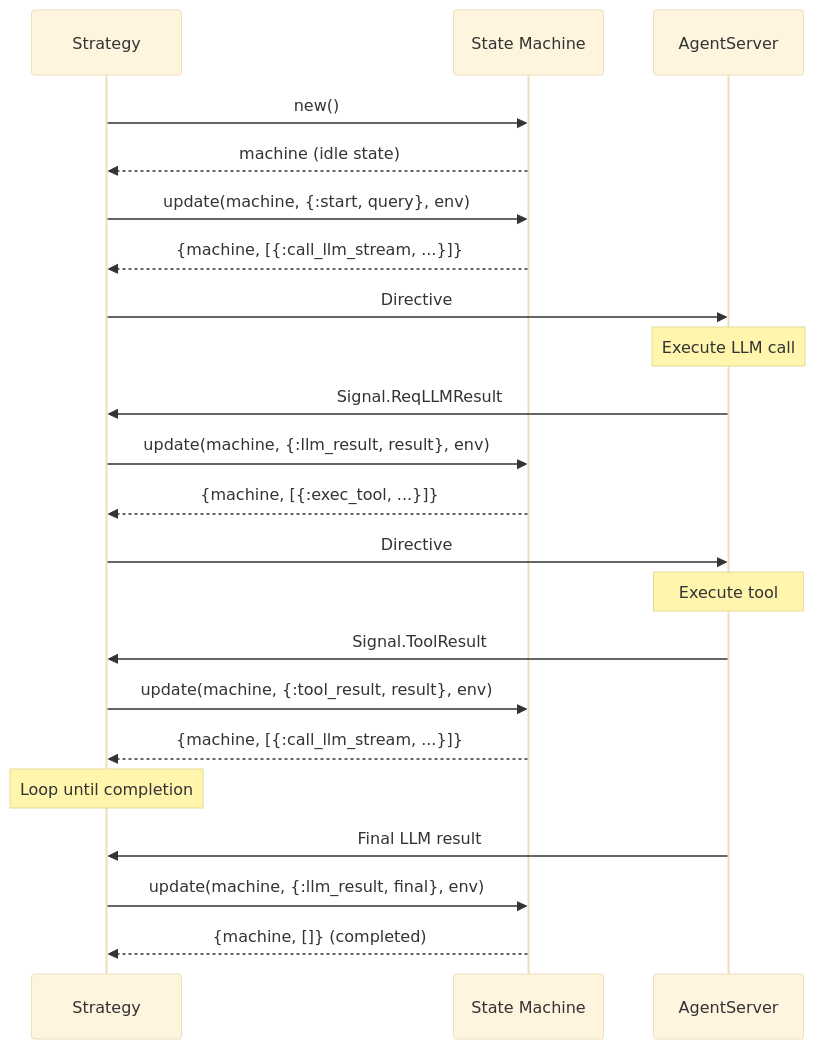
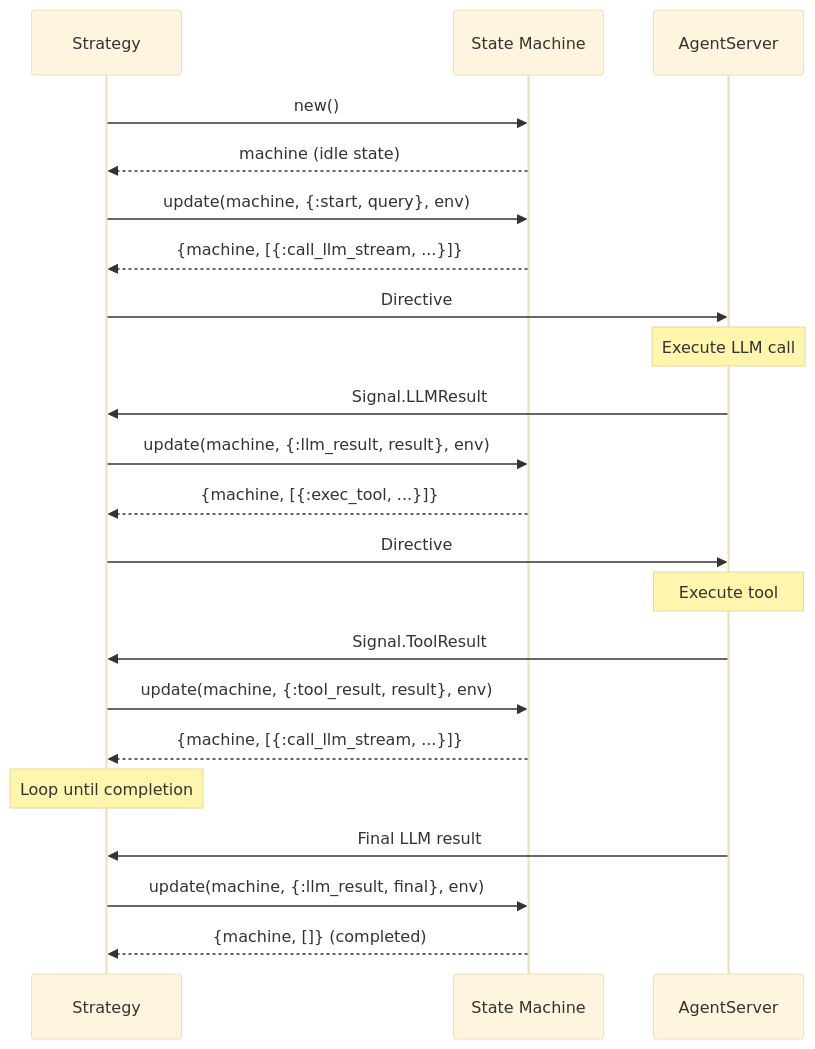
Before and after one commit to agentjido/jido_ai: the second of 2 diagrams in guides/developer/03_state_machines.md, drawn with Mermaid (base theme). The commit also changed 23 other files, not shown here.

````diff
--- a/guides/developer/03_state_machines.md
+++ b/guides/developer/03_state_machines.md
@@ -227,32 +227,32 @@
 ```mermaid
 sequenceDiagram
     participant Strategy as Strategy
     participant Machine as State Machine
     participant Runtime as AgentServer
 
     Strategy->>Machine: new()
     Machine-->>Strategy: machine (idle state)
 
     Strategy->>Machine: update(machine, {:start, query}, env)
     Machine-->>Strategy: {machine, [{:call_llm_stream, ...}]}
     Strategy->>Runtime: Directive
 
     Note over Runtime: Execute LLM call
 
-    Runtime->>Strategy: Signal.ReqLLMResult
+    Runtime->>Strategy: Signal.LLMResult
     Strategy->>Machine: update(machine, {:llm_result, result}, env)
     Machine-->>Strategy: {machine, [{:exec_tool, ...}]}
     Strategy->>Runtime: Directive
 
     Note over Runtime: Execute tool
 
     Runtime->>Strategy: Signal.ToolResult
     Strategy->>Machine: update(machine, {:tool_result, result}, env)
     Machine-->>Strategy: {machine, [{:call_llm_stream, ...}]}
 
     Note over Strategy: Loop until completion
 
     Runtime->>Strategy: Final LLM result
     Strategy->>Machine: update(machine, {:llm_result, final}, env)
     Machine-->>Strategy: {machine, []} (completed)
 ```
````
